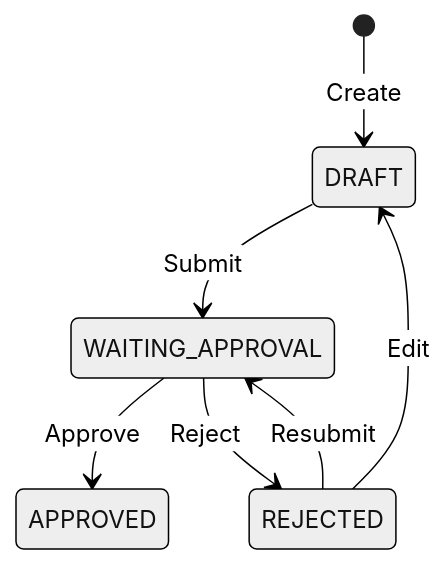
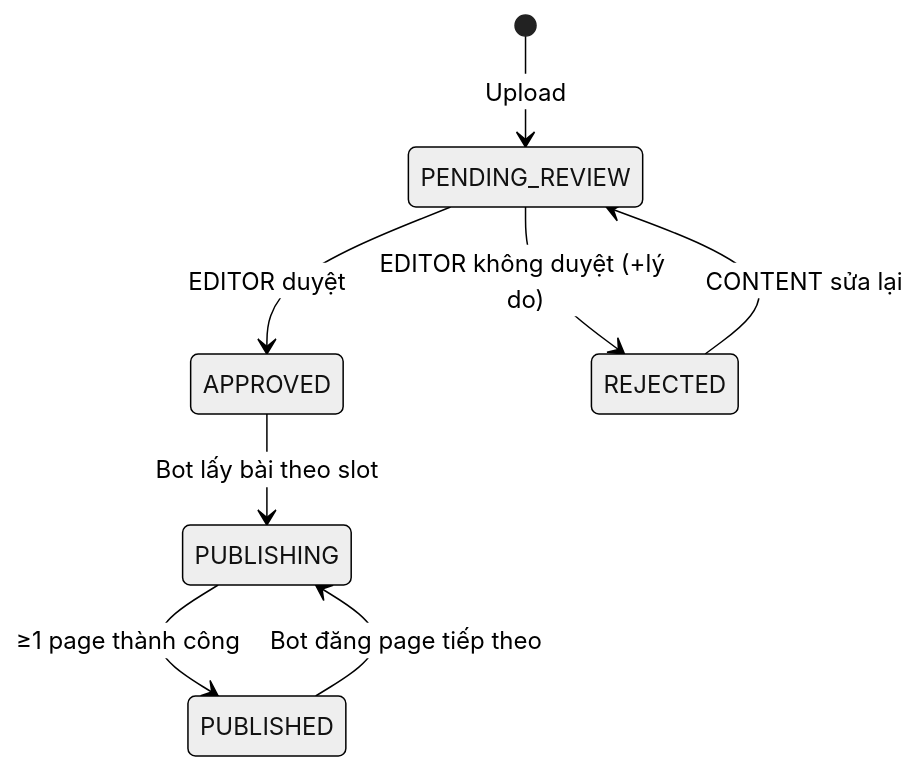
The first of 2 diagrams in docs/02-architecture.md (hieptvh18/auto-post-social), drawn with Mermaid (neutral theme) before and after one commit. The commit also changed other lines of this file and 32 other files, not shown here.

````diff
--- a/docs/02-architecture.md
+++ b/docs/02-architecture.md
@@ -294,9 +318,10 @@
 ```mermaid
 stateDiagram-v2
-    [*] --> DRAFT: Create
-    DRAFT --> WAITING_APPROVAL: Submit
-    REJECTED --> DRAFT: Edit
-    REJECTED --> WAITING_APPROVAL: Resubmit
-    WAITING_APPROVAL --> APPROVED: Approve
-    WAITING_APPROVAL --> REJECTED: Reject
+    [*] --> PENDING_REVIEW: Upload
+    PENDING_REVIEW --> APPROVED: EDITOR duyệt
+    PENDING_REVIEW --> REJECTED: EDITOR không duyệt (+lý do)
+    REJECTED --> PENDING_REVIEW: CONTENT sửa lại
+    APPROVED --> PUBLISHING: Bot lấy bài theo slot
+    PUBLISHING --> PUBLISHED: ≥1 page thành công
+    PUBLISHED --> PUBLISHING: Bot đăng page tiếp theo
 ```
````
